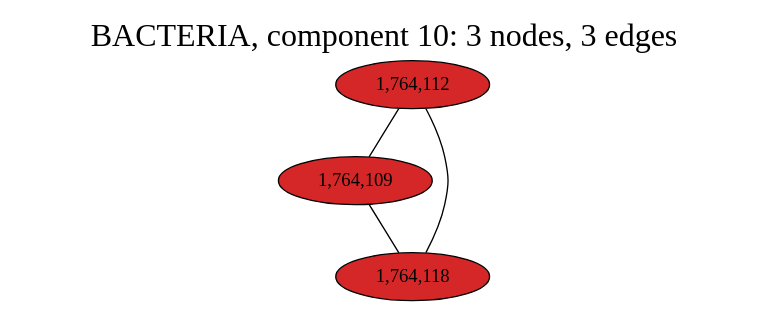
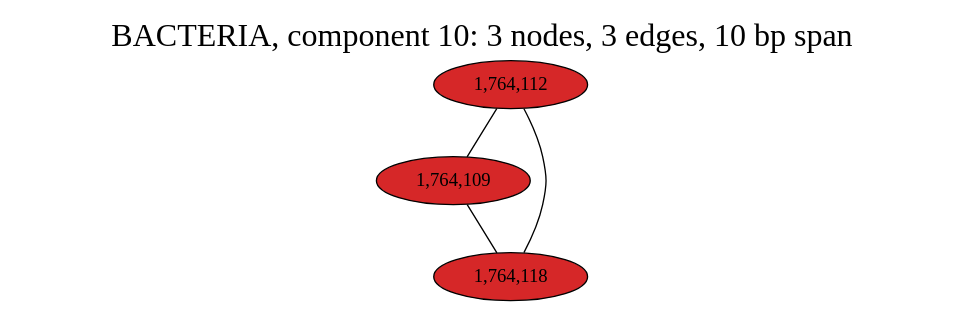
The diagram in notebooks/graphs/BACTERIA_cc10.gv (fedarko/sheepgut), drawn with Graphviz before and after one commit. The commit also changed 33 other files, not shown here.

```diff
--- a/notebooks/graphs/BACTERIA_cc10.gv
+++ b/notebooks/graphs/BACTERIA_cc10.gv
@@ -1,13 +1,13 @@
 graph BACTERIA_cc10 {
 	overlap="prism50";
 	outputorder="edgesfirst";
-	label="BACTERIA, component 10: 3 nodes, 3 edges";
+	label="BACTERIA, component 10: 3 nodes, 3 edges, 10 bp span";
 	labelloc="t";
 	fontsize=24;
 	"1,764,112" [style="filled", fillcolor="#d62728", fontcolor="#000000"];
 	"1,764,109" [style="filled", fillcolor="#d62728", fontcolor="#000000"];
 	"1,764,118" [style="filled", fillcolor="#d62728", fontcolor="#000000"];
 	"1,764,112" -- "1,764,109";
 	"1,764,112" -- "1,764,118";
 	"1,764,109" -- "1,764,118";
 }
```
